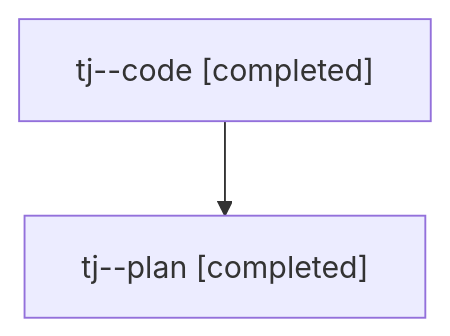
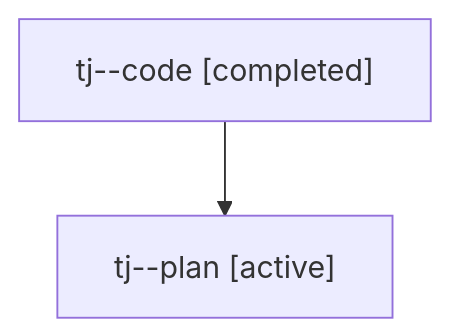
The diagram in families/bbugyi200.athena.tj.md (sase-org/sase--agents), drawn with Mermaid before and after one commit. The commit also changed other lines of this file and 4556 other files, not shown here.

````diff
--- a/families/bbugyi200.athena.tj.md
+++ b/families/bbugyi200.athena.tj.md
@@ -9,6 +9,6 @@
 ```mermaid
 flowchart TD
   n0["tj--code [completed]"]
-  n1["tj--plan [completed]"]
+  n1["tj--plan [active]"]
   n0 --> n1
 ```
````
